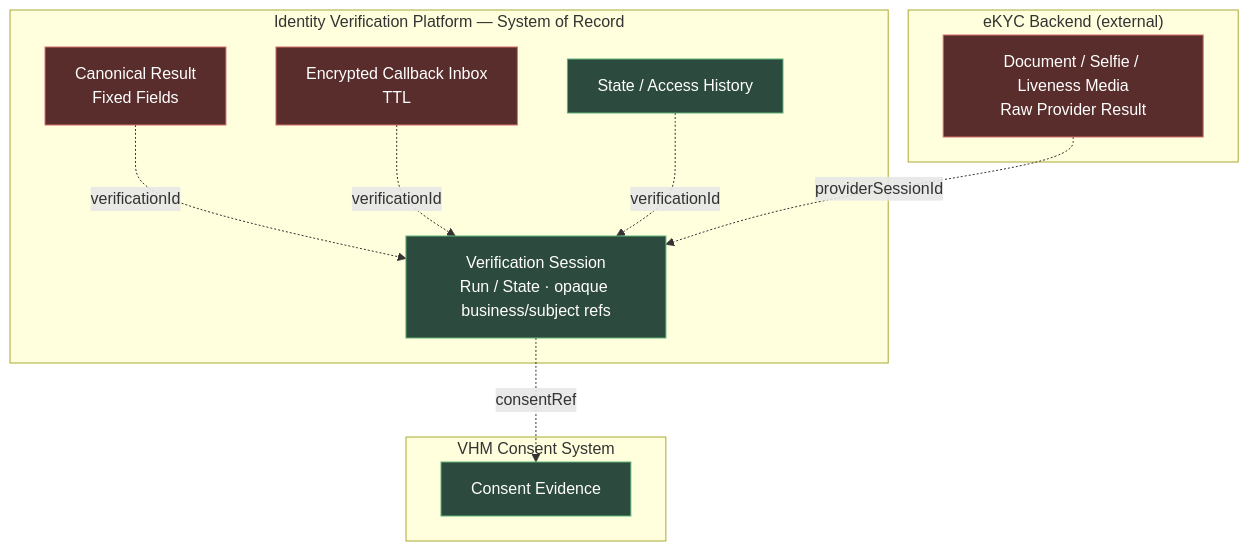
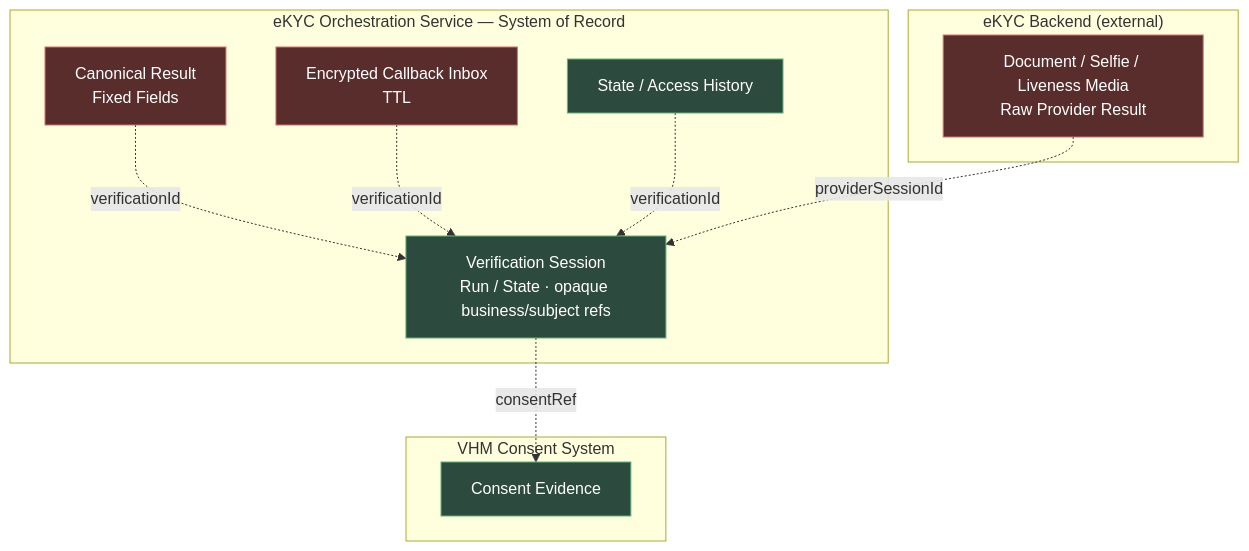
The sixth of 16 diagrams in README.md (huynv-xyz/vhm), drawn with Mermaid before and after one commit. The commit also changed other lines of this file, not shown here.

````diff
--- a/README.md
+++ b/README.md
@@ -641,24 +644,24 @@
 ```mermaid
 flowchart TB
     subgraph CONSENT["VHM Consent System"]
         CONSENT_DATA["Consent Evidence"]:::owned
     end
-    subgraph IVP["Identity Verification Platform — System of Record"]
+    subgraph Orchestrator["eKYC Orchestration Service — System of Record"]
         SESSION["Verification Session<br/>Run / State · opaque business/subject refs"]:::owned
         RESULT["Canonical Result<br/>Fixed Fields"]:::sensitive
         INBOX["Encrypted Callback Inbox<br/>TTL"]:::sensitive
         HISTORY["State / Access History"]:::owned
     end
     subgraph PROVIDER["eKYC Backend (external)"]
         PROVIDER_DATA["Document / Selfie / Liveness Media<br/>Raw Provider Result"]:::sensitive
     end
 
     SESSION -.->|"consentRef"| CONSENT_DATA
     RESULT -.->|"verificationId"| SESSION
     INBOX -.->|"verificationId"| SESSION
     HISTORY -.->|"verificationId"| SESSION
     PROVIDER_DATA -.->|"providerSessionId"| SESSION
 
     classDef owned fill:#2d4a3e,stroke:#5fb37a,color:#fff;
     classDef sensitive fill:#5a2d2d,stroke:#d96f6f,color:#fff;
 ```
````
